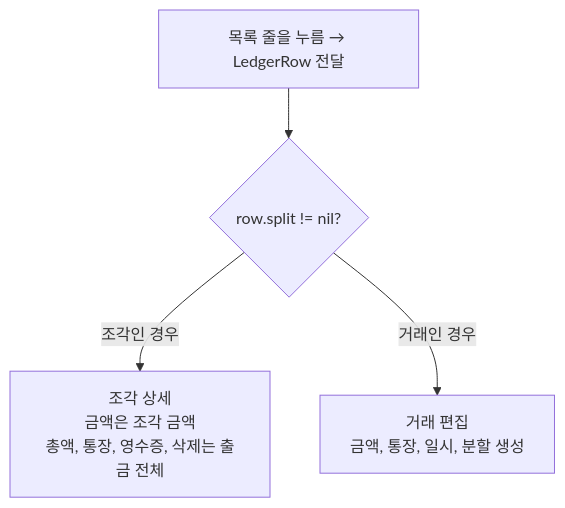
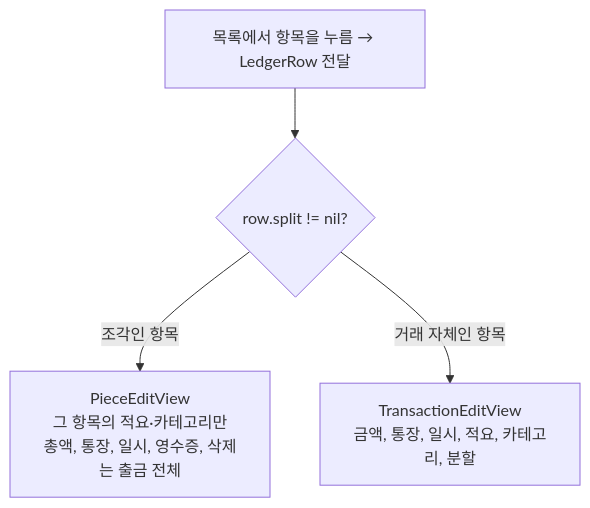
The third of 4 diagrams in NanuriAdmin/Features/Finance/README.md (Ciracino88/nanuri-ios-app), drawn with Mermaid before and after one commit. The commit also changed other lines of this file and 7 other files, not shown here.

````diff
--- a/NanuriAdmin/Features/Finance/README.md
+++ b/NanuriAdmin/Features/Finance/README.md
@@ -138,6 +152,6 @@
 ```mermaid
 flowchart TD
-    tap["목록 줄을 누름 → LedgerRow 전달"] --> q{"row.split != nil?"}
-    q -->|조각인 경우| piece["조각 상세<br/>금액은 조각 금액<br/>총액, 통장, 영수증, 삭제는 출금 전체"]
-    q -->|거래인 경우| edit["거래 편집<br/>금액, 통장, 일시, 분할 생성"]
+    tap["목록에서 항목을 누름 → LedgerRow 전달"] --> q{"row.split != nil?"}
+    q -->|조각인 항목| piece["PieceEditView<br/>그 항목의 적요·카테고리만<br/>총액, 통장, 일시, 영수증, 삭제는 출금 전체"]
+    q -->|거래 자체인 항목| edit["TransactionEditView<br/>금액, 통장, 일시, 적요, 카테고리, 분할"]
 ```
````
